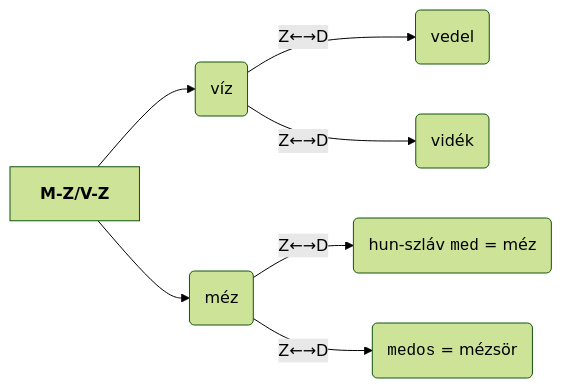
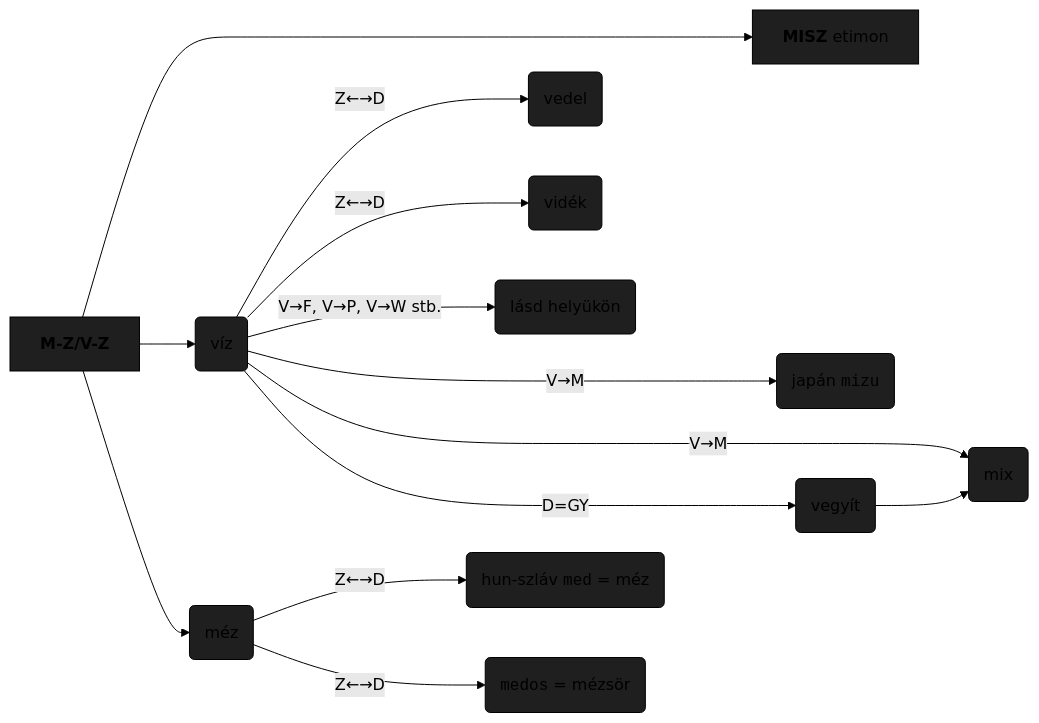
The diagram in src/site/notes/M/Méz.md (zanodor/TUDDASSTTARR), drawn with Mermaid (forest theme) before and after one commit.

Commit message:
Update content src/site/notes/M/Méz.md

````diff
--- a/src/site/notes/M/Méz.md
+++ b/src/site/notes/M/Méz.md
@@ -15,16 +15,27 @@
 ```mermaid
 
 
 flowchart LR
 head["<b>M-Z/V-Z</b>"]
+lvl2_0["<b>MISZ</b> etimon"]
 lvl2_a("víz")
 lvl2_b("méz")
 lvl3_a("vedel")
 lvl3_b("vidék")
 lvl3_c("hun-szláv <code>med</code> = méz")
 lvl3_d("<code>medos</code> = mézsör")
 
+head ----> lvl2_0
 head --> lvl2_a & lvl2_b
 lvl2_a -- "Z←→D" -->  lvl3_a & lvl3_b
+lvl2_a -- "V→F, V→P, V→W stb." -->  lvl3_x("lásd helyükön")
 lvl2_b -- "Z←→D" -->  lvl3_c & lvl3_d
+lvl2_a -- "V→M" ---> lvl3_e("japán <code>mizu</code>")
+lvl2_a -- "V→M" ---> lvl3_f("mix")
+lvl2_a -- "D=GY" ---> lvl3_g("vegyít")
+lvl3_g --> lvl3_f
+
+classDef fillStyle fill:#1f1f1f,stroke:#000000,stroke-width:1px,stroke-dasharray: 0;
+class head,lvl2_0,lvl2_a,lvl2_b,lvl3_a,lvl3_b,lvl3_c,lvl3_d,lvl3_e,lvl3_f,lvl3_g,lvl3_x fillStyle;
+class lvl2_a,lvl2_b,lvl3_a,lvl3_b,lvl3_f internal-link;
 ```
````
